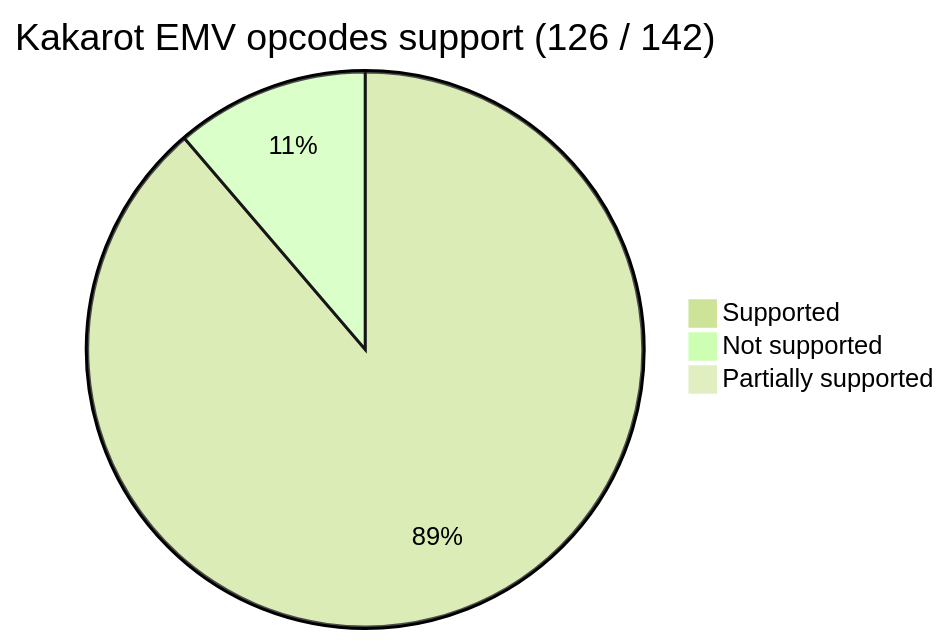
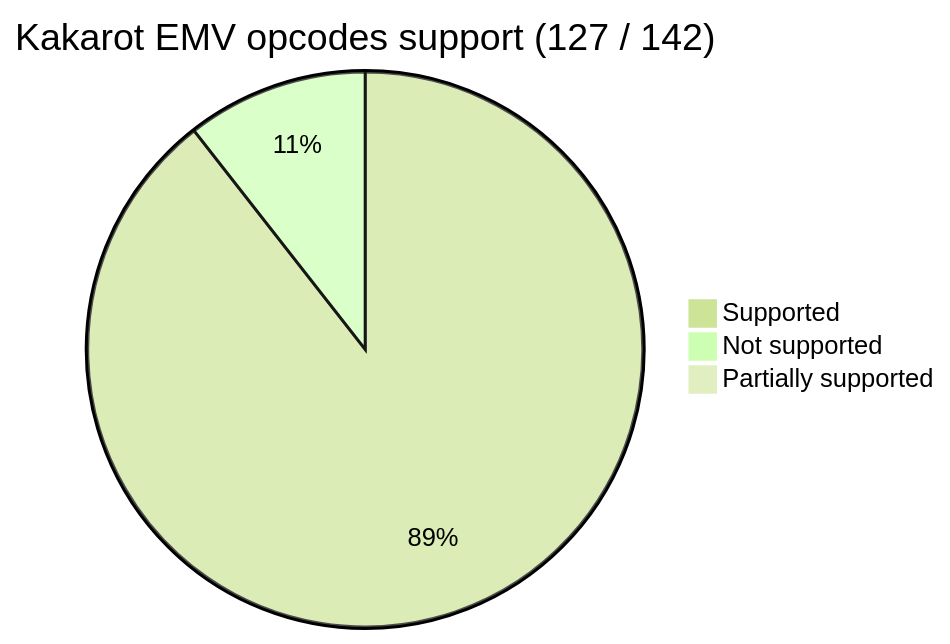
Before and after one commit to kkrt-labs/kakarot: the first of 2 diagrams in README.md, drawn with Mermaid. The commit also changed 1 other file, not shown here.

Commit message:
update: README and supported_opcodes

````diff
--- a/README.md
+++ b/README.md
@@ -38,9 +38,9 @@
 ```mermaid
 %%{init: {'theme': 'forest', 'themeVariables': { 'darkMode': 'false'}}}%%
 
-pie title Kakarot EMV opcodes support (126 / 142)
-    "Supported" : 126
-    "Not supported" : 16
+pie title Kakarot EMV opcodes support (127 / 142)
+    "Supported" : 127
+    "Not supported" : 15
 
     "Partially supported" : 0
 ```
````
